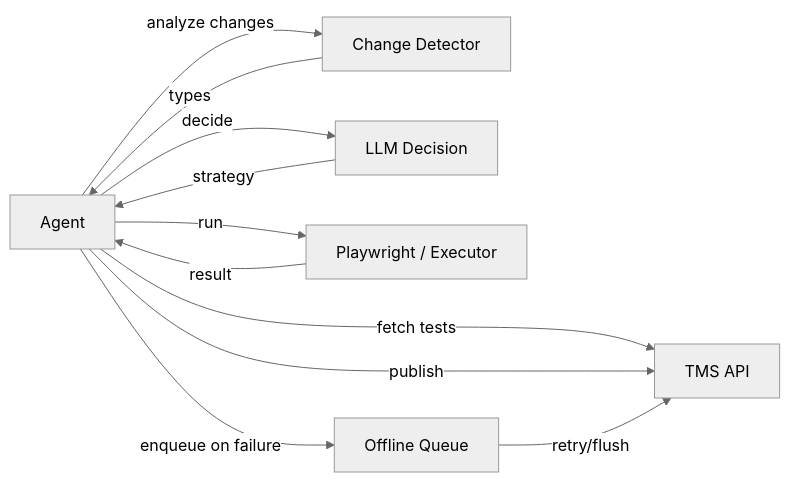
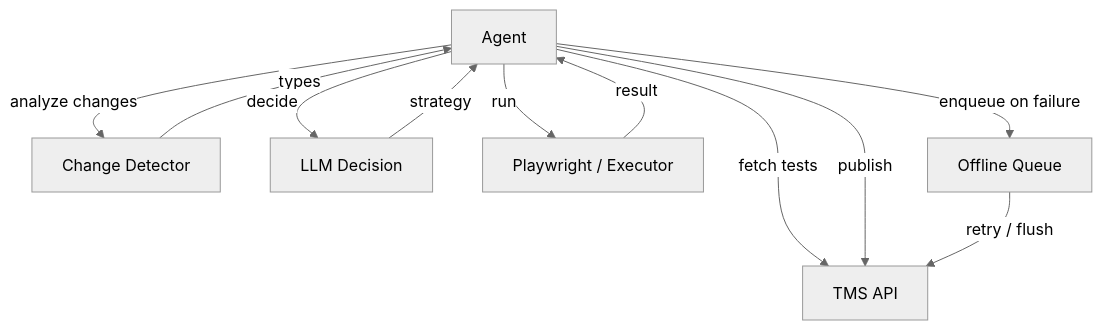
The diagram in docs/architecture.mmd (cmilioti/nextech-ai-homework), drawn with Mermaid (neutral theme) before and after one commit.

```diff
--- a/docs/architecture.mmd
+++ b/docs/architecture.mmd
@@ -1,20 +1,24 @@
-flowchart LR
+flowchart TB
+  %% Top-to-bottom layout prevents overlapping link labels
   A[Agent]
-  T[TMS API]
   C[Change Detector]
   L[LLM Decision]
   P[Playwright / Executor]
+  T[TMS API]
   Q[Offline Queue]
 
-  A -->|fetch tests| T
   A -->|analyze changes| C
   C -->|types| A
+
+  A -->|fetch tests| T
   A -->|decide| L
   L -->|strategy| A
+
   A -->|run| P
   P -->|result| A
+
   A -->|publish| T
   A -->|enqueue on failure| Q
-  Q -->|retry/flush| T
+  Q -->|retry / flush| T
 
   %% Labels: Execution flow -> run, Publishing flow -> publish
```
